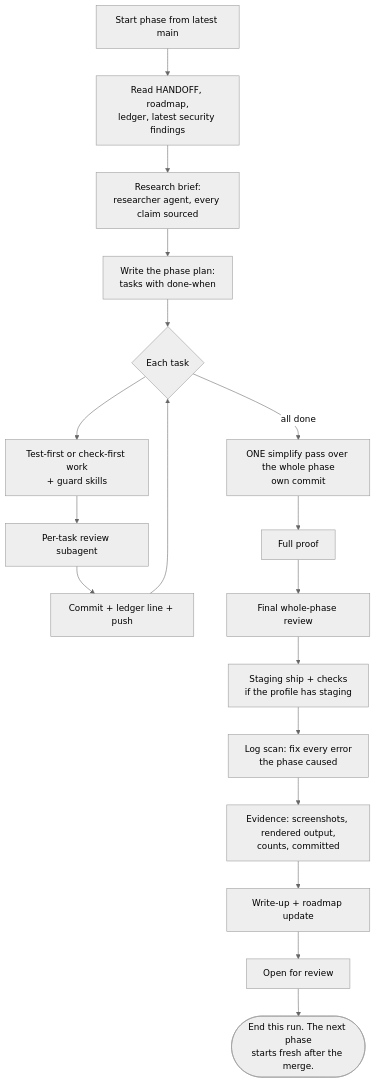
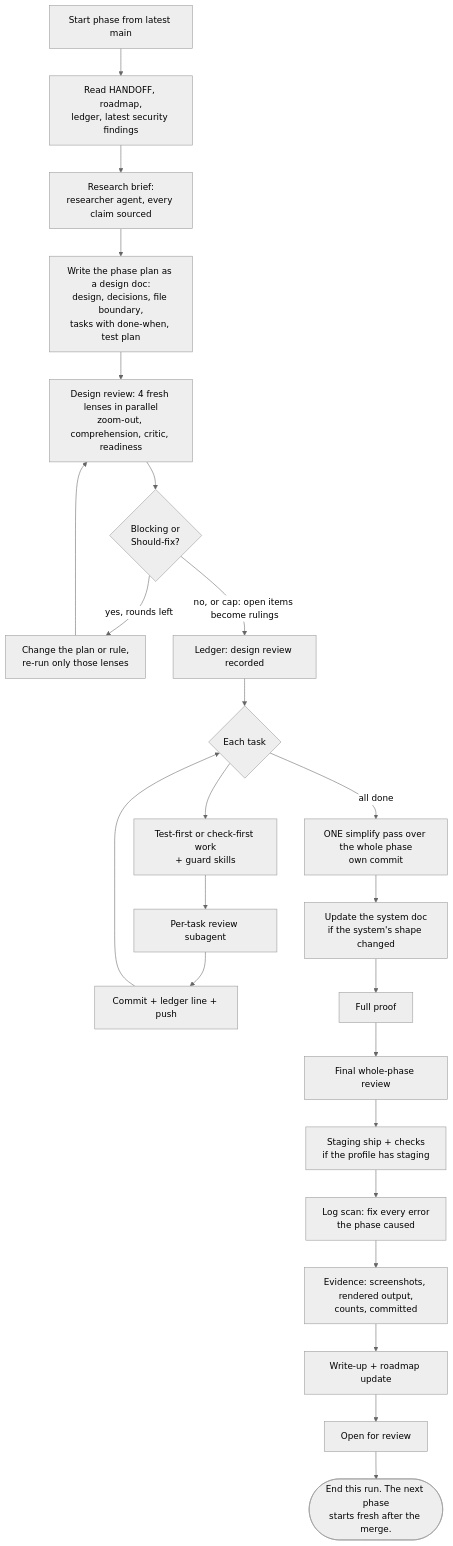
One commit to Mgabr90/autonomous-delivery changed the second of 7 diagrams in plugins/autodeliver/skills/autonomous-delivery/references/playbook.md. Above: the diagram before and after it, drawn with Mermaid (neutral theme). The commit also changed other lines of this file and 21 other files, not shown here.

First line of the commit message:
autodeliver 0.6.0: design review before building (Elephant-Goldfish Model)

````diff
--- a/plugins/autodeliver/skills/autonomous-delivery/references/playbook.md
+++ b/plugins/autodeliver/skills/autonomous-delivery/references/playbook.md
@@ -108,20 +110,25 @@
 ```mermaid
 flowchart TD
     A[Start phase from latest main] --> B[Read HANDOFF, roadmap,<br/>ledger, latest security findings]
     B --> RB[Research brief:<br/>researcher agent, every claim sourced]
-    RB --> C[Write the phase plan:<br/>tasks with done-when]
-    C --> D{Each task}
+    RB --> C[Write the phase plan as a design doc:<br/>design, decisions, file boundary,<br/>tasks with done-when, test plan]
+    C --> DR[Design review: 4 fresh lenses in parallel<br/>zoom-out, comprehension, critic, readiness]
+    DR --> DQ{Blocking or<br/>Should-fix?}
+    DQ -- yes, rounds left --> DF[Change the plan or rule,<br/>re-run only those lenses] --> DR
+    DQ -- no, or cap: open items become rulings --> DL[Ledger: design review recorded]
+    DL --> D{Each task}
     D --> E[Test-first or check-first work<br/>+ guard skills]
     E --> F[Per-task review subagent]
     F --> G[Commit + ledger line + push]
     G --> D
     D -- all done --> H[ONE simplify pass over the whole phase<br/>own commit]
-    H --> I[Full proof]
+    H --> SY[Update the system doc<br/>if the system's shape changed]
+    SY --> I[Full proof]
     I --> J[Final whole-phase review]
     J --> K[Staging ship + checks<br/>if the profile has staging]
     K --> L[Log scan: fix every error<br/>the phase caused]
     L --> M[Evidence: screenshots, rendered output,<br/>counts, committed]
     M --> N[Write-up + roadmap update]
     N --> O[Open for review]
     O --> P([End this run. The next phase<br/>starts fresh after the merge.])
 ```
````
